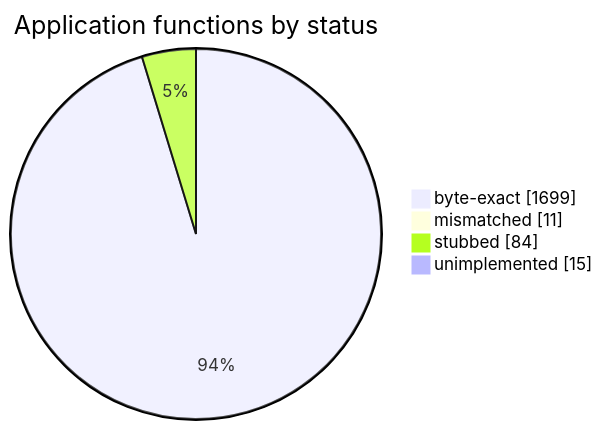
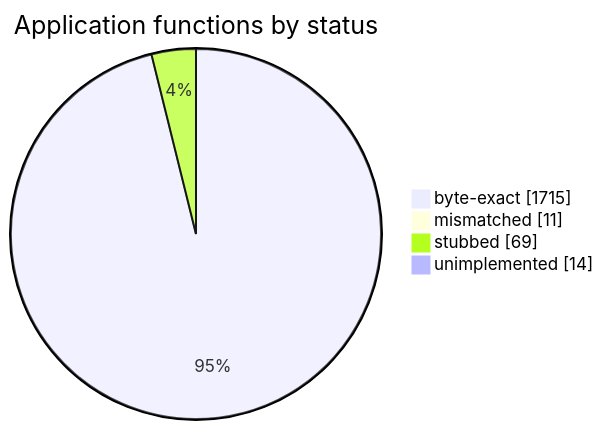
One commit to sorokya/eos changed the diagram in README.md. Above: the diagram before and after it, drawn with Mermaid. The commit also changed other lines of this file and 1 other file, not shown here.

````diff
--- a/README.md
+++ b/README.md
@@ -154,8 +154,8 @@
 ```mermaid
 pie showData
     title Application functions by status
-    "byte-exact" : 1699
+    "byte-exact" : 1715
     "mismatched" : 11
-    "stubbed" : 84
-    "unimplemented" : 15
+    "stubbed" : 69
+    "unimplemented" : 14
 ```
````
